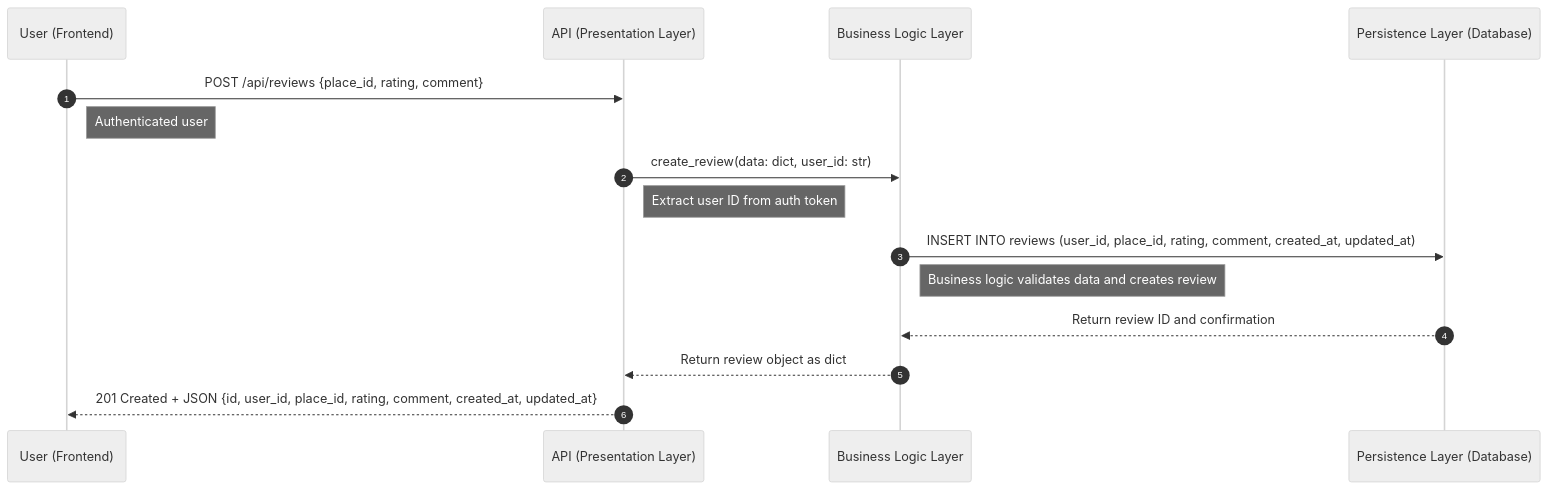
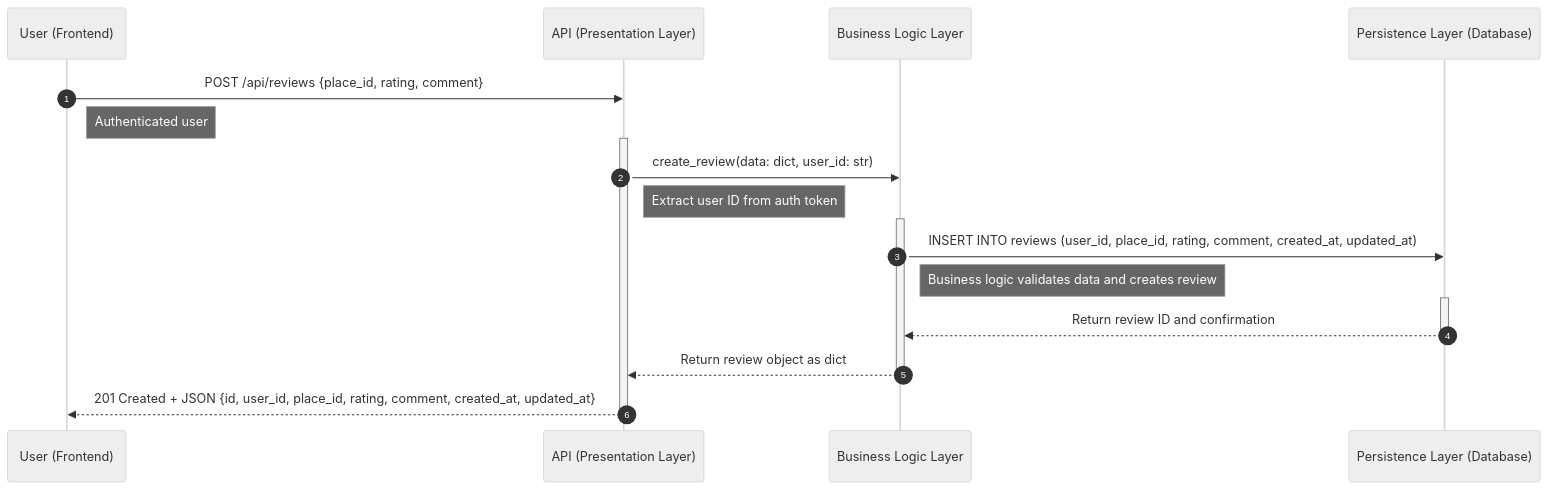
Before and after one commit to rahafalharthi1111-png/holbertonschool-hbnb: the third of 4 diagrams in part1/2_SEQUENCE_DIAGRAMS.md, drawn with Mermaid (neutral theme). The commit also changed other lines of this file, not shown here.

````diff
--- a/part1/2_SEQUENCE_DIAGRAMS.md
+++ b/part1/2_SEQUENCE_DIAGRAMS.md
@@ -80,22 +92,28 @@
 ```mermaid
 sequenceDiagram
     autonumber
     participant Client as User (Frontend)
     participant API as API (Presentation Layer)
     participant Logic as Business Logic Layer
     participant DB as Persistence Layer (Database)
 
     Client->>API: POST /api/reviews {place_id, rating, comment}
     Note right of Client: Authenticated user
+	activate API
 
     API->>Logic: create_review(data: dict, user_id: str)
     Note right of API: Extract user ID from auth token
+	activate Logic
 
     Logic->>DB: INSERT INTO reviews (user_id, place_id, rating, comment, created_at, updated_at)
     Note right of Logic: Business logic validates data and creates review
+	activate DB
 
     DB-->>Logic: Return review ID and confirmation
+	deactivate DB
     Logic-->>API: Return review object as dict
+	deactivate Logic
     API-->>Client: 201 Created + JSON {id, user_id, place_id, rating, comment, created_at, updated_at}
+	deactivate API
 
 ```
````
